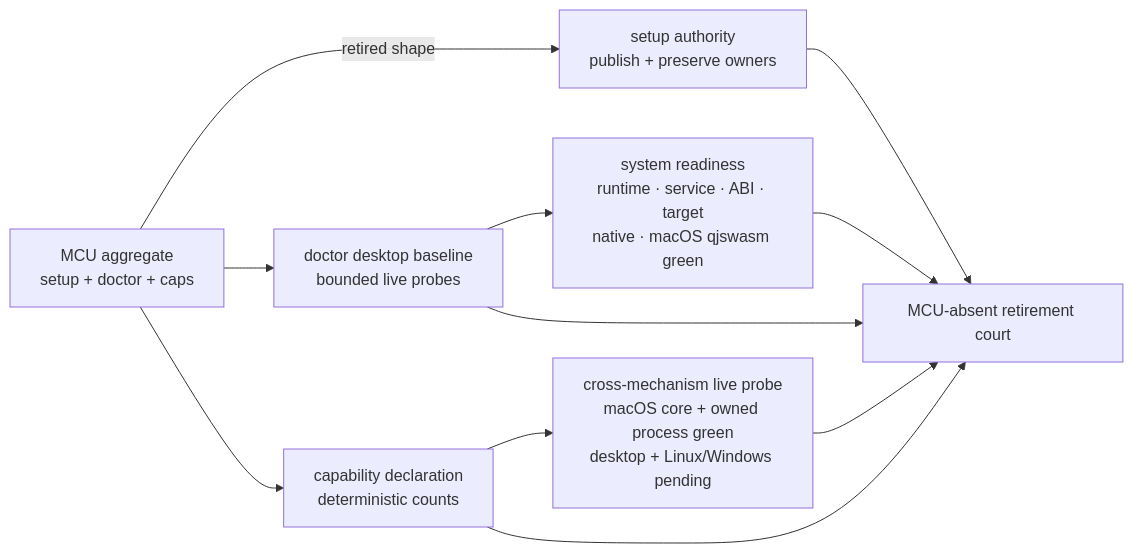
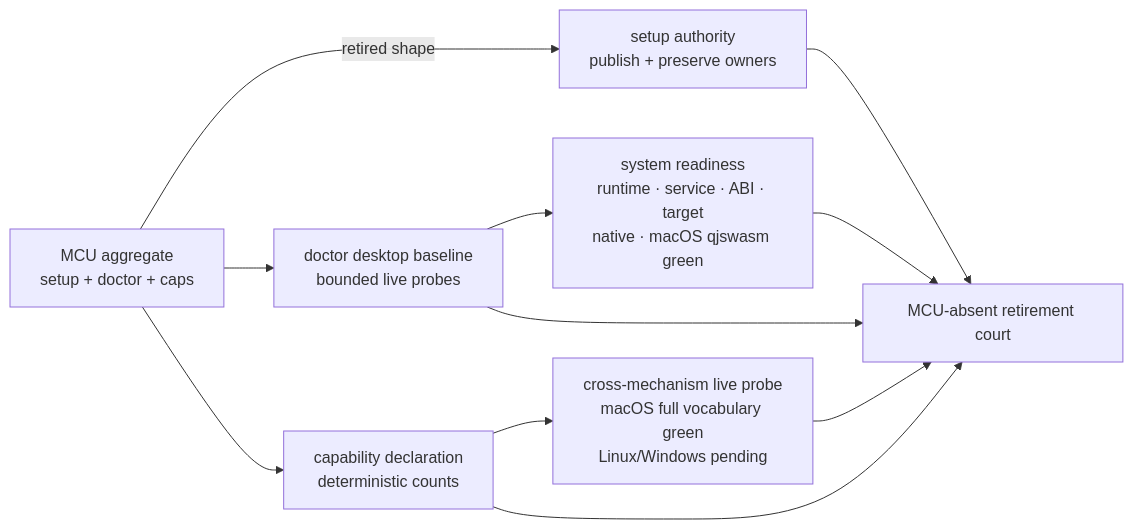
One commit to partnernetsoftware/agenterm changed the tenth of 15 diagrams in prd/PRD_02_28_agenterm_cu.md. Above: the diagram before and after it, drawn with Mermaid. The commit also changed other lines of this file and 10 other files, not shown here.

Commit message:
cu: complete macOS live capability probe

````diff
--- a/prd/PRD_02_28_agenterm_cu.md
+++ b/prd/PRD_02_28_agenterm_cu.md
@@ -860,9 +863,9 @@
 ```mermaid
 flowchart LR
   OLD["MCU aggregate<br/>setup + doctor + caps"] -->|retired shape| SET["setup authority<br/>publish + preserve owners"]
   OLD --> BASE["doctor desktop baseline<br/>bounded live probes"]
   OLD --> DECL["capability declaration<br/>deterministic counts"]
   BASE --> SYS["system readiness<br/>runtime · service · ABI · target<br/>native · macOS qjswasm green"]
-  DECL --> LIVE["cross-mechanism live probe<br/>macOS core + owned process green<br/>desktop + Linux/Windows pending"]
+  DECL --> LIVE["cross-mechanism live probe<br/>macOS full vocabulary green<br/>Linux/Windows pending"]
   SET & BASE & DECL & SYS & LIVE --> RET["MCU-absent retirement court"]
 ```
````
